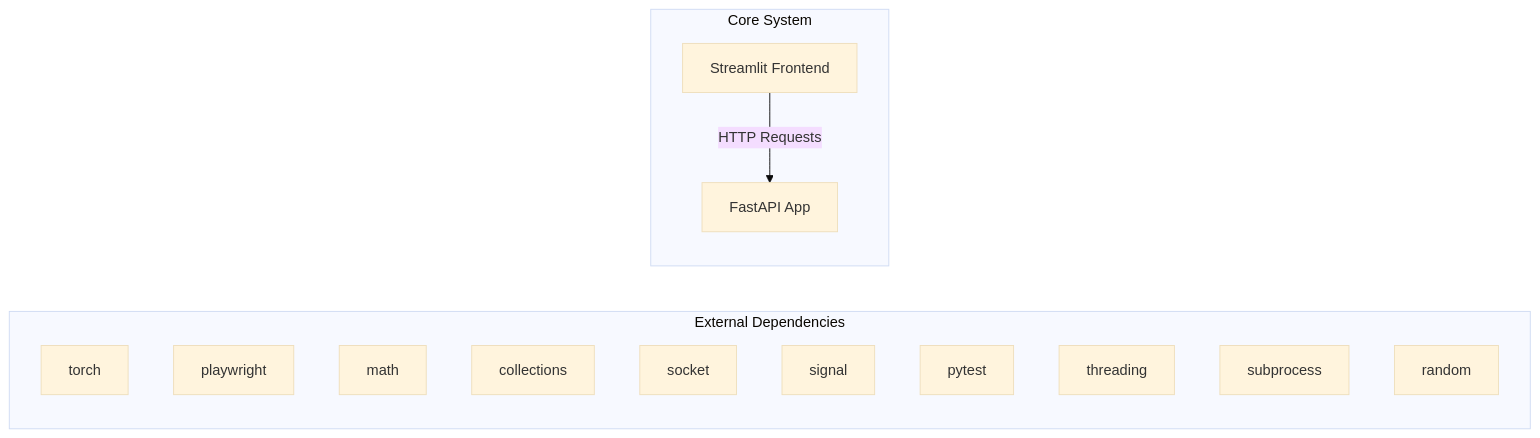
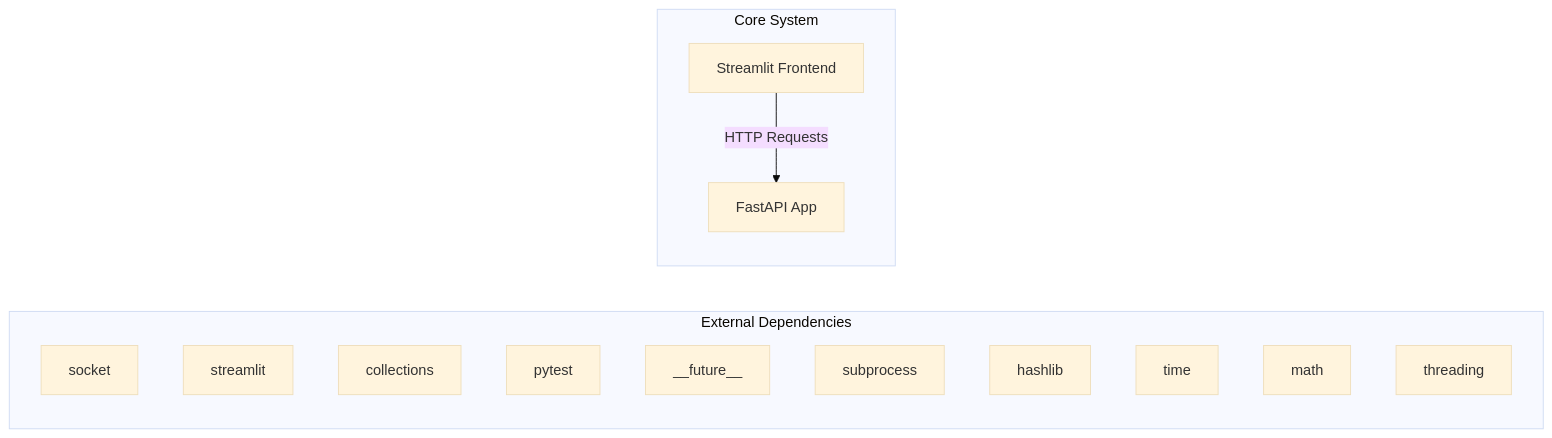
One commit to NITISH-R-G/rag-context-optimizer changed the first of 2 diagrams in docs/architecture.md. Above: the diagram before and after it, drawn with Mermaid (base theme). The commit also changed 1 other file, not shown here.

Commit message:
docs: auto-update repository knowledge, architecture diagrams, and documentation

````diff
--- a/docs/architecture.md
+++ b/docs/architecture.md
@@ -7,20 +7,20 @@
 ```mermaid
 graph LR
     subgraph External Dependencies
-        E0["torch"]
-        E1["playwright"]
-        E2["math"]
-        E3["collections"]
-        E4["socket"]
-        E5["signal"]
-        E6["pytest"]
-        E7["threading"]
-        E8["subprocess"]
-        E9["random"]
+        E0["socket"]
+        E1["streamlit"]
+        E2["collections"]
+        E3["pytest"]
+        E4["__future__"]
+        E5["subprocess"]
+        E6["hashlib"]
+        E7["time"]
+        E8["math"]
+        E9["threading"]
     end
     subgraph Core System
         API["FastAPI App"]
         UI["Streamlit Frontend"]
     end
     UI -->|HTTP Requests| API
 ```
````
